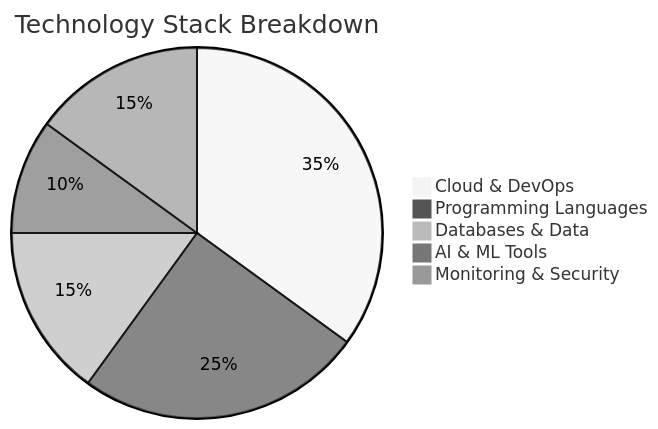
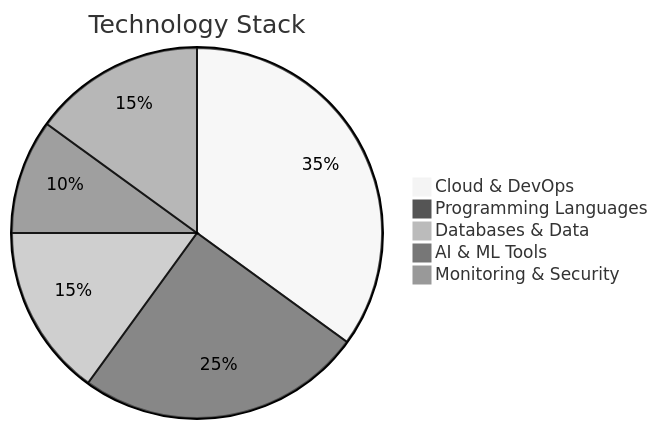
One commit to jkang1643/jkang1643 changed the second of 5 diagrams in README.md. Above: the diagram before and after it, drawn with Mermaid (neutral theme). The commit also changed other lines of this file, not shown here.

````diff
--- a/README.md
+++ b/README.md
@@ -56,8 +64,8 @@
 ```mermaid
-pie title Technology Stack Breakdown
+pie title Technology Stack
     "Cloud & DevOps" : 35
     "Programming Languages" : 25
     "Databases & Data" : 15
     "AI & ML Tools" : 10
     "Monitoring & Security" : 15
 ```
````
